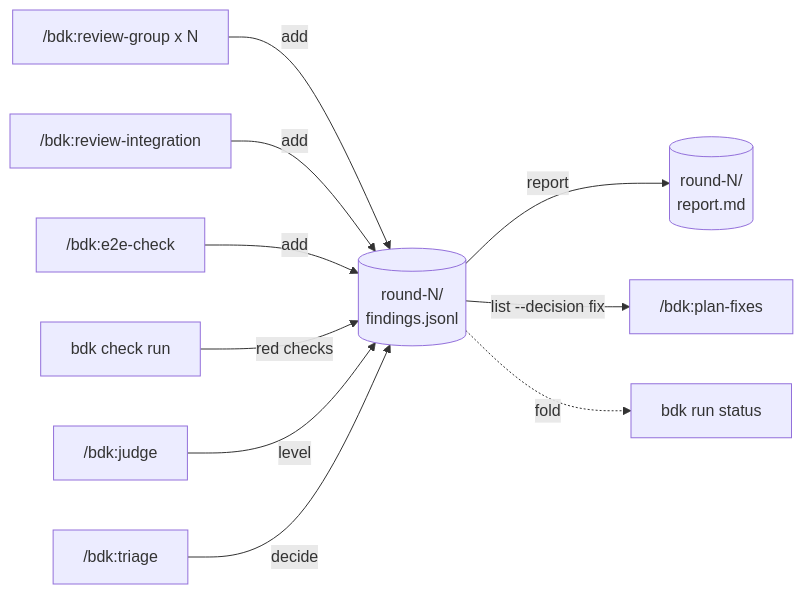
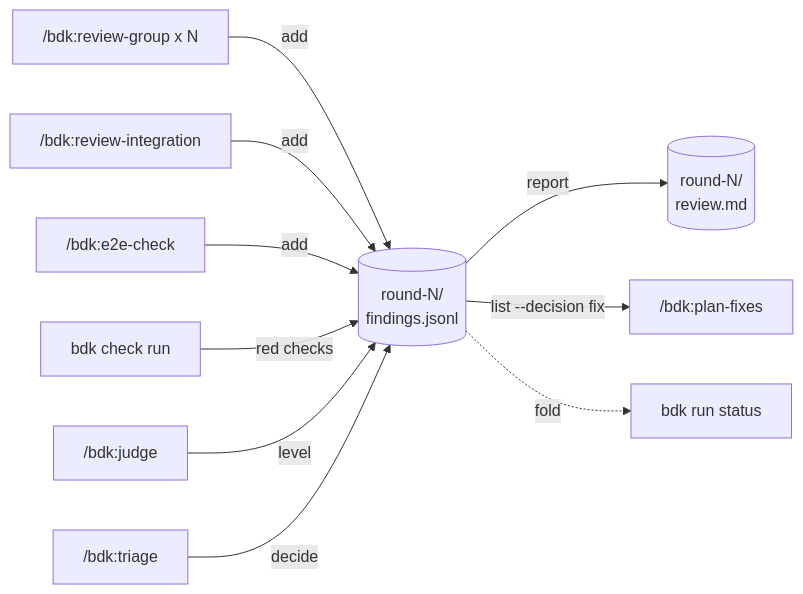
The third of 5 diagrams in docs/concepts/run-state.md (broneq/bdk), drawn with Mermaid before and after one commit. The commit also changed other lines of this file and 93 other files, not shown here.

First line of the commit message:
feat(bdk)!: rename the review round record to review.md

````diff
--- a/docs/concepts/run-state.md
+++ b/docs/concepts/run-state.md
@@ -143,13 +143,13 @@
 ```mermaid
 flowchart LR
   RG["/bdk:review-group x N"] -->|"add"| F
   RI["/bdk:review-integration"] -->|"add"| F
   E2["/bdk:e2e-check"] -->|"add"| F
   CK["bdk check run"] -->|"red checks"| F
   J["/bdk:judge"] -->|"level"| F
   T["/bdk:triage"] -->|"decide"| F
   F[("round-N/<br/>findings.jsonl")]
-  F -->|"report"| REP[("round-N/<br/>report.md")]
+  F -->|"report"| REP[("round-N/<br/>review.md")]
   F -->|"list --decision fix"| PF["/bdk:plan-fixes"]
   F -.->|"fold"| ST["bdk run status"]
 ```
````
